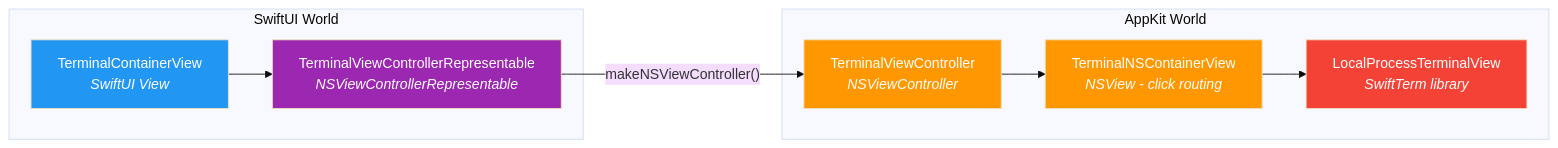
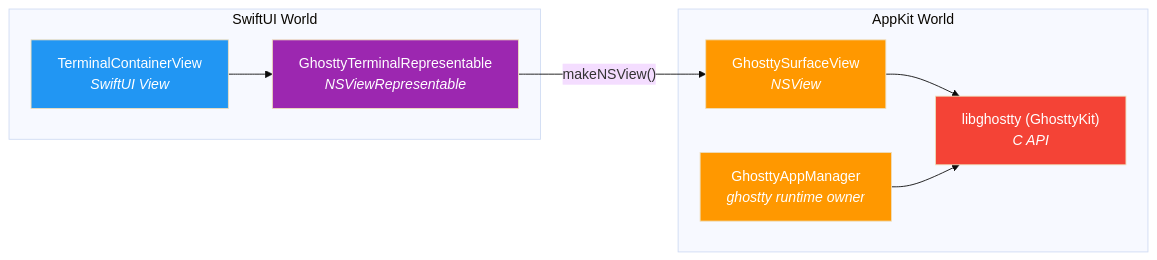
Before and after one commit to fairchild/workspaces: the fourth of 4 diagrams in docs/patterns.md, drawn with Mermaid (base theme). The commit also changed other lines of this file and 9 other files, not shown here.

Commit message:
docs: add libghostty integration runbook and update terminal docs

````diff
--- a/docs/patterns.md
+++ b/docs/patterns.md
@@ -528,24 +529,24 @@
 ```mermaid
 graph LR
     subgraph "SwiftUI World"
         TCV[TerminalContainerView<br/><i>SwiftUI View</i>]
-        TVR[TerminalViewControllerRepresentable<br/><i>NSViewControllerRepresentable</i>]
+        TVR[GhosttyTerminalRepresentable<br/><i>NSViewRepresentable</i>]
         TCV --> TVR
     end
 
     subgraph "AppKit World"
-        TVC[TerminalViewController<br/><i>NSViewController</i>]
-        TNCV[TerminalNSContainerView<br/><i>NSView - click routing</i>]
-        LPTV["LocalProcessTerminalView<br/><i>SwiftTerm library</i>"]
-        TVC --> TNCV
-        TNCV --> LPTV
+        GSV[GhosttySurfaceView<br/><i>NSView</i>]
+        GAM[GhosttyAppManager<br/><i>ghostty runtime owner</i>]
+        LG["libghostty (GhosttyKit)<br/><i>C API</i>"]
+        GSV --> LG
+        GAM --> LG
     end
 
-    TVR -->|"makeNSViewController()"| TVC
+    TVR -->|"makeNSView()"| GSV
 
     style TCV fill:#2196F3,color:#fff
     style TVR fill:#9C27B0,color:#fff
-    style TVC fill:#FF9800,color:#fff
-    style TNCV fill:#FF9800,color:#fff
-    style LPTV fill:#F44336,color:#fff
+    style GSV fill:#FF9800,color:#fff
+    style GAM fill:#FF9800,color:#fff
+    style LG fill:#F44336,color:#fff
 ```
````
